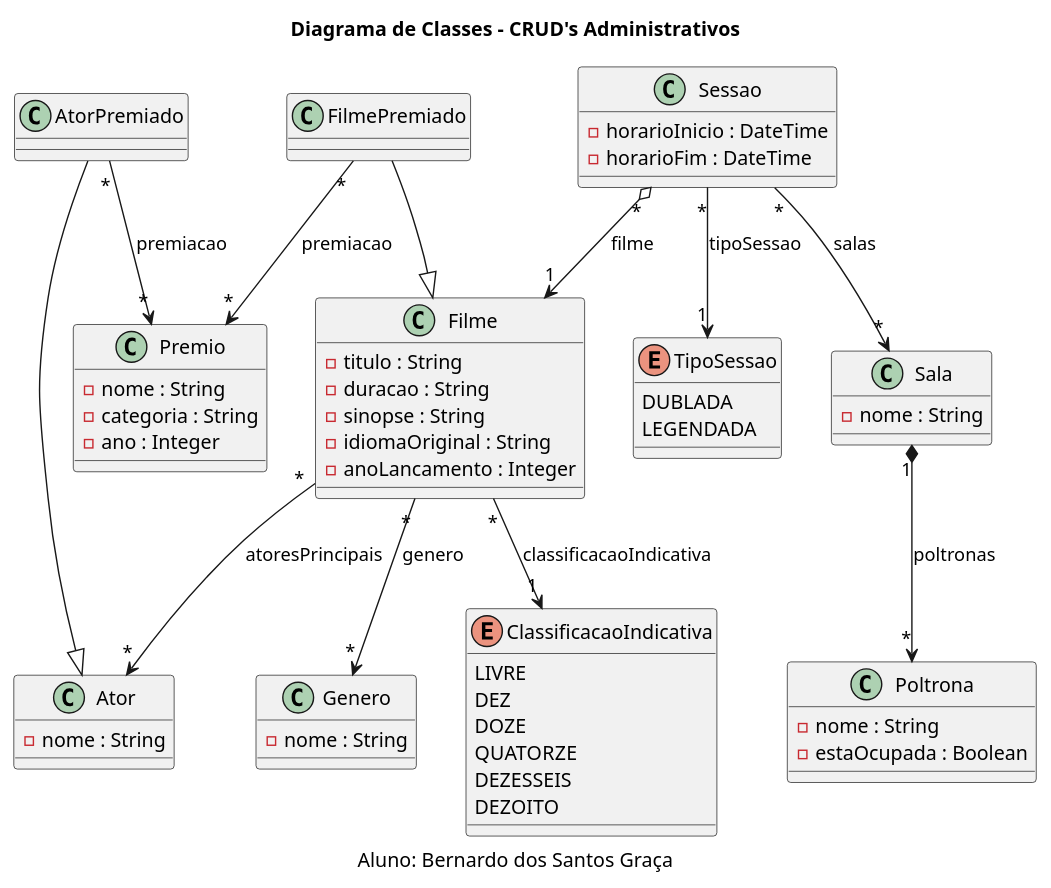
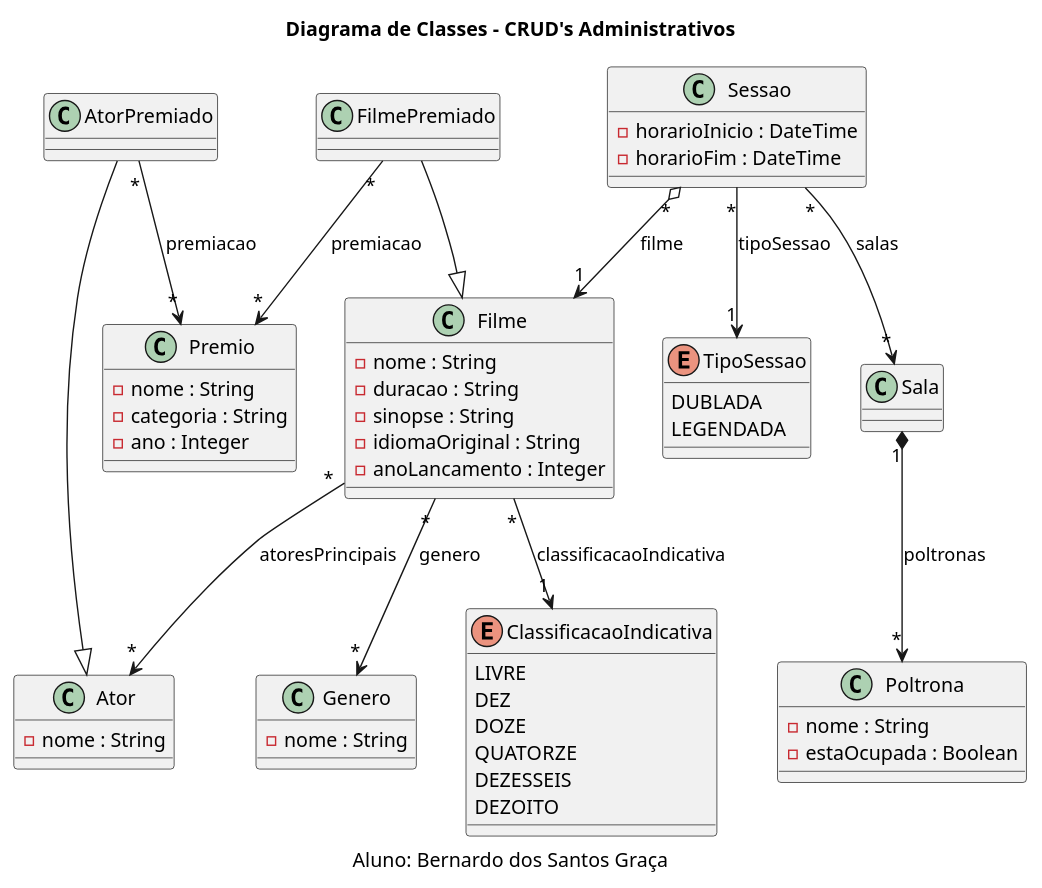
The diagram in src/main/java/br/unitins/diagrams/classesProduto.puml (bernardoDSG/newsvi-tp1-api), drawn with PlantUML before and after one commit. The commit also changed 12 other files, not shown here.

```diff
--- a/src/main/java/br/unitins/diagrams/classesProduto.puml
+++ b/src/main/java/br/unitins/diagrams/classesProduto.puml
@@ -1,99 +1,98 @@
 @startuml diagrama
 title Diagrama de Classes - CRUD's Administrativos
 caption Aluno: Bernardo dos Santos Graça
 
 ' --------------------
 ' Classes principais
 ' --------------------
 
 class Filme {
-    - titulo : String
+    - nome : String
     - duracao : String
     - sinopse : String
     - idiomaOriginal : String 
     - anoLancamento : Integer
 }
 
 
 
 enum TipoSessao {
     DUBLADA
     LEGENDADA
 }
 
 enum ClassificacaoIndicativa {
     LIVRE
     DEZ
     DOZE
     QUATORZE
     DEZESSEIS
     DEZOITO
 }
 
 class Premio {
     - nome : String
     - categoria : String
     - ano : Integer
 }
 
 class Genero {
     - nome : String
 }
 
 
 class Ator {
     - nome : String
 }
 
 
 
 class Sessao {
     - horarioInicio : DateTime
     - horarioFim : DateTime
 
 }
 
 class Sala {
-    - nome : String
 }
 
 class Poltrona {
     - nome : String
     - estaOcupada : Boolean
 }
 
 
 ' --------------------
 ' Subclasses
 ' --------------------
 class AtorPremiado {
 
 }
 
 class FilmePremiado {
 
 }
 
 
 
 
 ' --------------------
 ' Herança
 ' --------------------
 
 AtorPremiado --|> Ator
 FilmePremiado --|> Filme
 
 ' --------------------
 ' Relacionamentos
 ' --------------------
 Filme "*" --> "*" Ator : atoresPrincipais
 Filme "*" --> "*" Genero : genero
 FilmePremiado "*" --> "*" Premio : premiacao
 AtorPremiado "*" --> "*" Premio : premiacao
 Sessao "*" --> "1" TipoSessao : tipoSessao
 Sessao "*" --> "*" Sala : salas
 Sala "1" *--> "*" Poltrona : poltronas
 Sessao "*" o--> "1" Filme : filme
 Filme "*" --> "1" ClassificacaoIndicativa : classificacaoIndicativa
 @enduml
```
